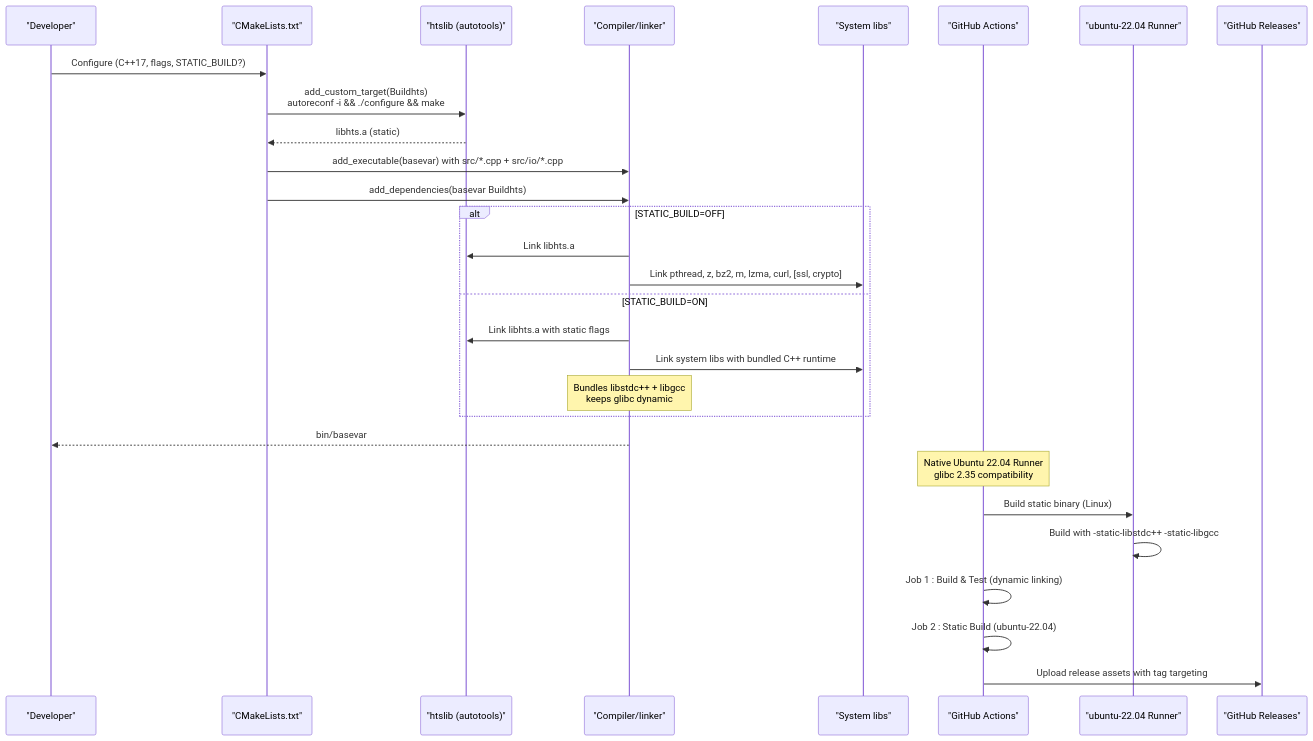
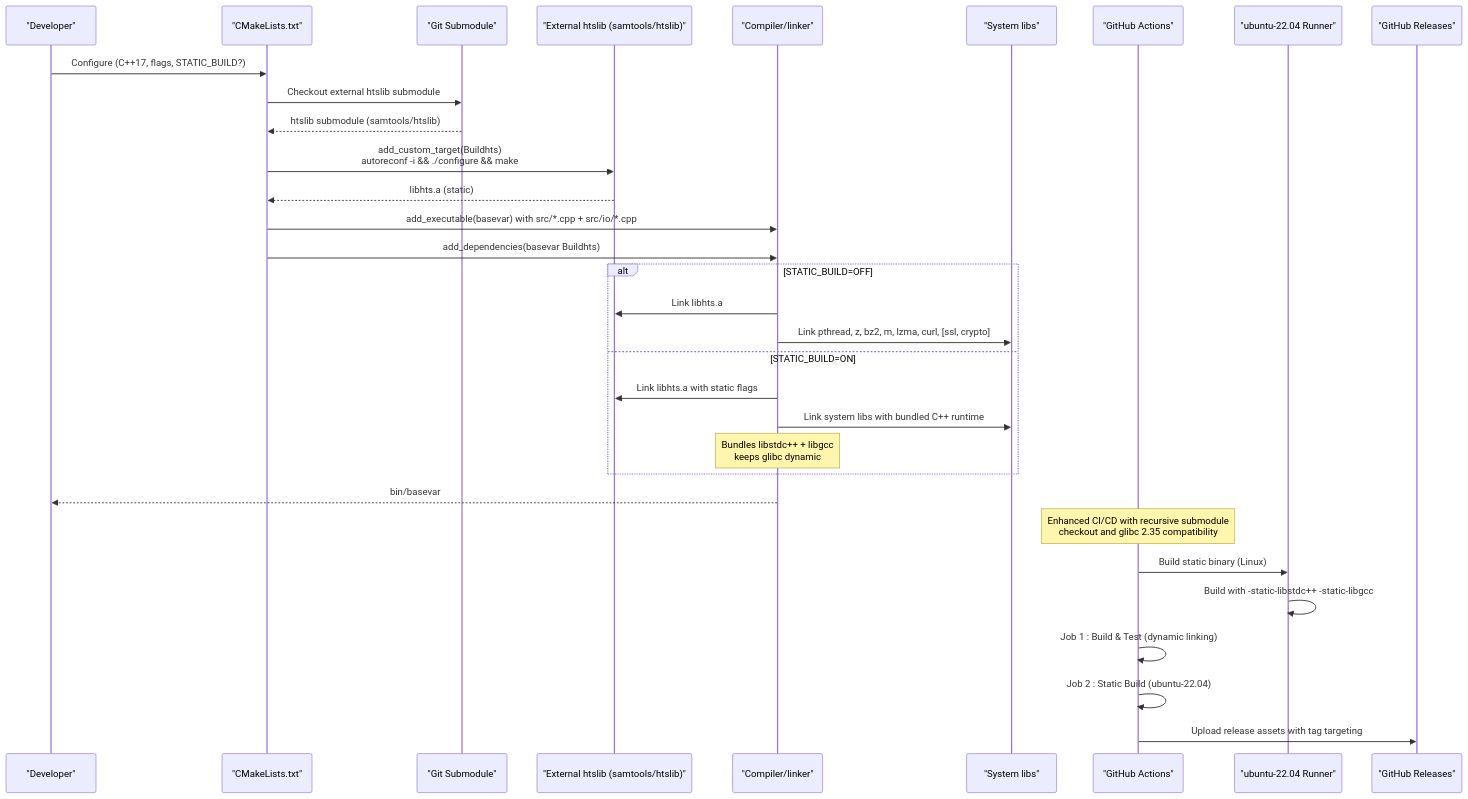
One commit to ShujiaHuang/BaseVar2 changed the second of 8 diagrams in .qoder/repowiki/en/content/Build System and Configuration.md. Above: the diagram before and after it, drawn with Mermaid. The commit also changed other lines of this file and 6 other files, not shown here.

````diff
--- a/.qoder/repowiki/en/content/Build System and Configuration.md
+++ b/.qoder/repowiki/en/content/Build System and Configuration.md
@@ -124,31 +128,34 @@
 ```mermaid
 sequenceDiagram
 participant Dev as "Developer"
 participant CMake as "CMakeLists.txt"
-participant HTS as "htslib (autotools)"
+participant Git as "Git Submodule"
+participant HTS as "External htslib (samtools/htslib)"
 participant GCC as "Compiler/linker"
 participant SYS as "System libs"
 participant CI as "GitHub Actions"
 participant Runner as "ubuntu-22.04 Runner"
 participant Release as "GitHub Releases"
 Dev->>CMake : Configure (C++17, flags, STATIC_BUILD?)
+CMake->>Git : Checkout external htslib submodule
+Git-->>CMake : htslib submodule (samtools/htslib)
 CMake->>HTS : add_custom_target(Buildhts)<br/>autoreconf -i && ./configure && make
 HTS-->>CMake : libhts.a (static)
 CMake->>GCC : add_executable(basevar) with src/*.cpp + src/io/*.cpp
 CMake->>GCC : add_dependencies(basevar Buildhts)
 alt STATIC_BUILD=OFF
 GCC->>HTS : Link libhts.a
 GCC->>SYS : Link pthread, z, bz2, m, lzma, curl, [ssl, crypto]
 else STATIC_BUILD=ON
 GCC->>HTS : Link libhts.a with static flags
 GCC->>SYS : Link system libs with bundled C++ runtime
 note over GCC : Bundles libstdc++ + libgcc<br/>keeps glibc dynamic
 end
 GCC-->>Dev : bin/basevar
-Note over CI : Native Ubuntu 22.04 Runner<br/>glibc 2.35 compatibility
+Note over CI : Enhanced CI/CD with recursive submodule<br/>checkout and glibc 2.35 compatibility
 CI->>Runner : Build static binary (Linux)
 Runner->>Runner : Build with -static-libstdc++ -static-libgcc
 CI->>CI : Job 1 : Build & Test (dynamic linking)
 CI->>CI : Job 2 : Static Build (ubuntu-22.04)
 CI->>Release : Upload release assets with tag targeting
 ```
````
